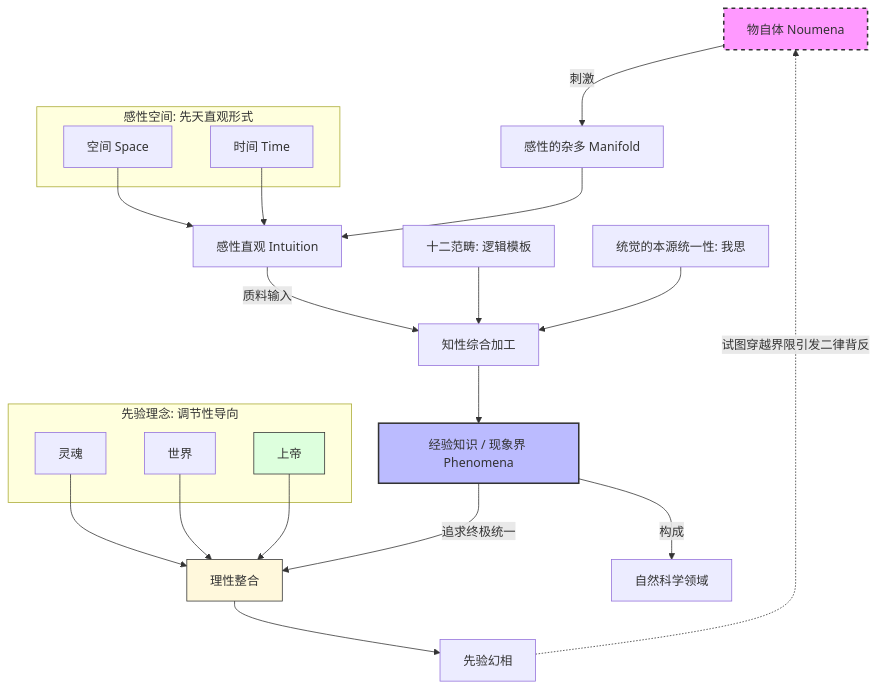
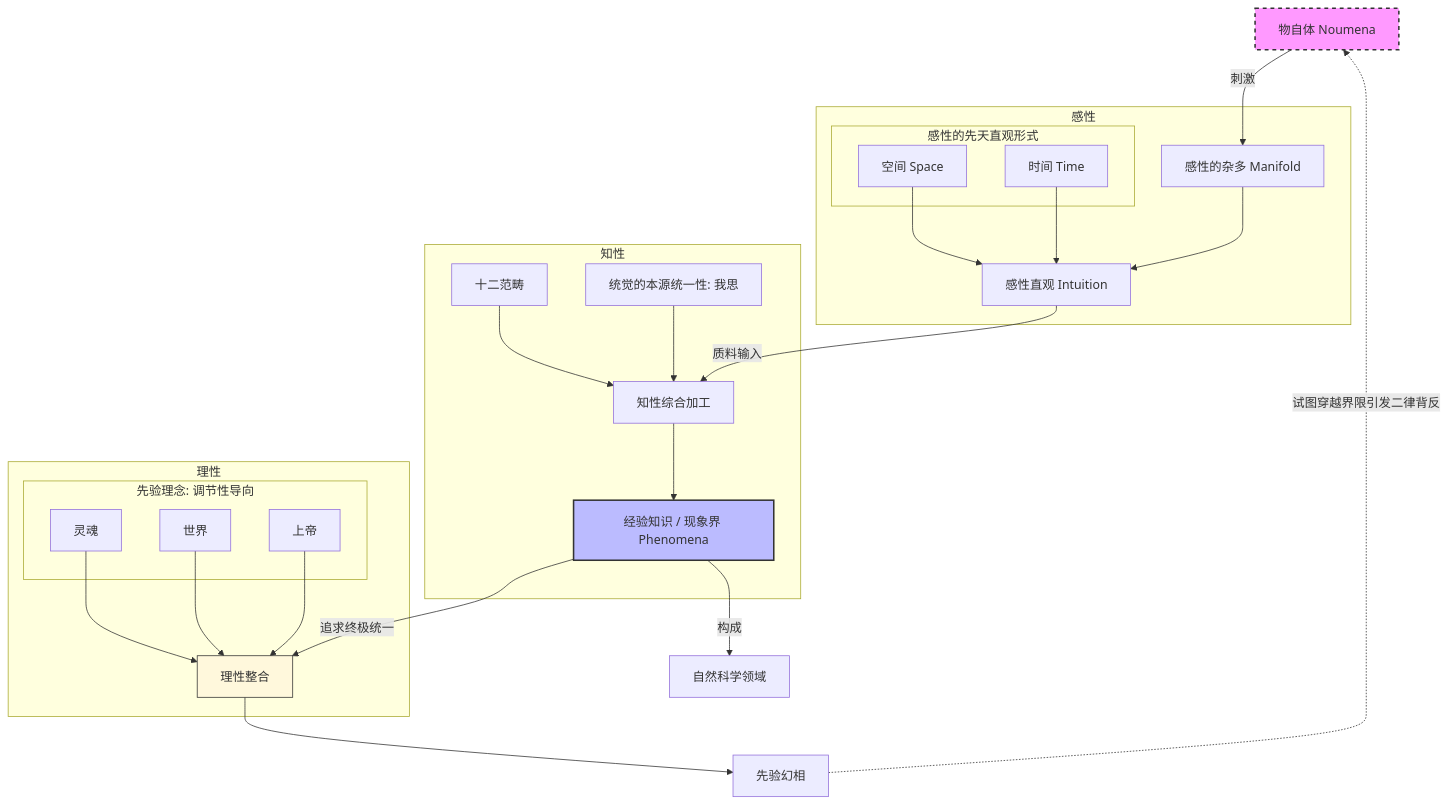
The diagram in content/故事/纯粹理性批判.md (zeroDtree/zeroDtree.github.io), drawn with Mermaid before and after one commit.

````diff
--- a/content/故事/纯粹理性批判.md
+++ b/content/故事/纯粹理性批判.md
@@ -25,33 +25,40 @@
 ```mermaid
 graph TD
     A[物自体 Noumena] -- 刺激 --> B[感性的杂多 Manifold]
-    subgraph "感性空间: 先天直观形式"
+
+    subgraph "感性"
+    subgraph "感性的先天直观形式"
         C1[空间 Space]
         C2[时间 Time]
     end
     C1 & C2 --> D[感性直观 Intuition]
     B --> D
+    end
 
+    subgraph "知性"    
     D -- 质料输入 --> E[知性综合加工]
-    F[十二范畴: 逻辑模板] --> E
+    F[十二范畴] --> E
     G[统觉的本源统一性: 我思] --> E
     E --> H[经验知识 / 现象界 Phenomena]
+    end
+
+    subgraph "理性"
 
     H -- 追求终极统一 --> I[理性整合]
     subgraph "先验理念: 调节性导向"
         J1[灵魂]
         J2[世界]
         J3[上帝]
     end
     J1 & J2 & J3 --> I
+    end
     I --> K[先验幻相]
 
     K -. 试图穿越界限引发二律背反 .-> A
     H -- 构成 --> L[自然科学领域]
 
     %% 样式美化
     style A fill:#f9f,stroke:#333,stroke-width:2px,stroke-dasharray: 5 5
     style H fill:#bbf,stroke:#333,stroke-width:2px
-    style J3 fill:#dfd,stroke:#333
     style I fill:#fff8dc,stroke:#333
 ```
````
